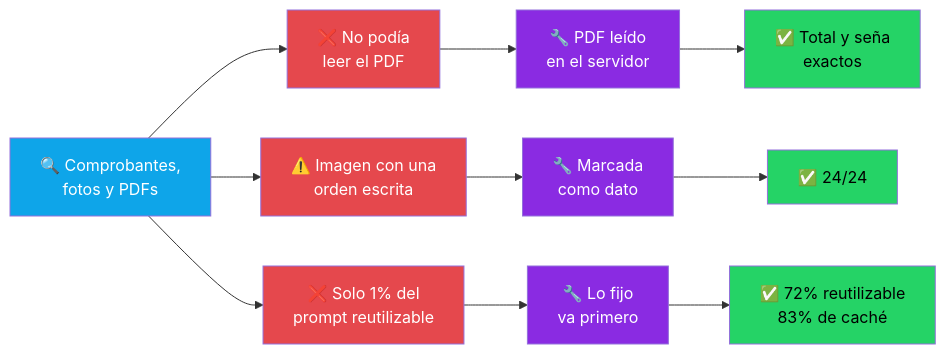
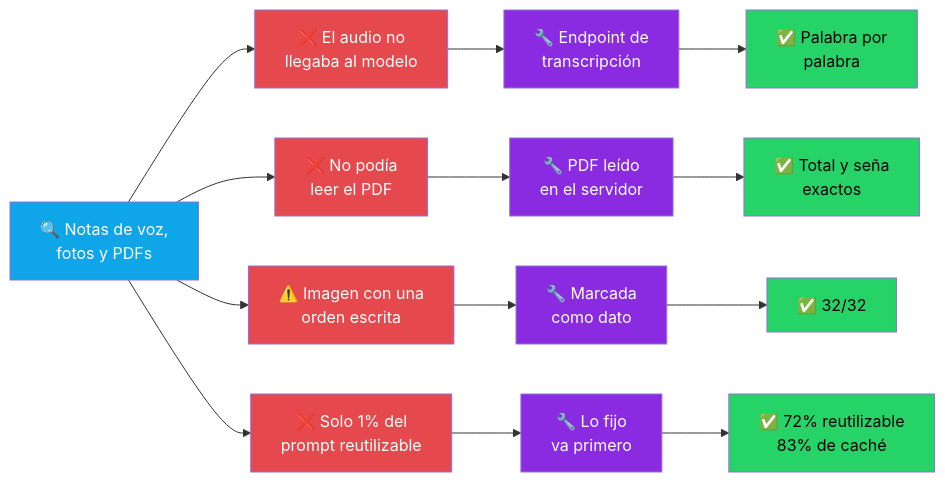
Diagram 13 of 15 in README.md (grancobud/arm-whatsapp), drawn with Mermaid before and after one commit. The commit also changed other lines of this file and 5 other files, not shown here.

First line of the commit message:
feat(audio): notas de voz transcriptas por FreeLLMAPI

````diff
--- a/README.md
+++ b/README.md
@@ -344,16 +344,19 @@
 ```mermaid
 flowchart LR
-    P[🔍 Comprobantes,<br/>fotos y PDFs]:::p --> F1[❌ No podía<br/>leer el PDF]:::f
+    P[🔍 Notas de voz,<br/>fotos y PDFs]:::p --> F0[❌ El audio no<br/>llegaba al modelo]:::f
+    F0 --> M0[🔧 Endpoint de<br/>transcripción]:::m
+    M0 --> R0[✅ Palabra por<br/>palabra]:::r
+    P --> F1[❌ No podía<br/>leer el PDF]:::f
     P --> F2[⚠️ Imagen con una<br/>orden escrita]:::f
     P --> F3[❌ Solo 1% del<br/>prompt reutilizable]:::f
     F1 --> M1[🔧 PDF leído<br/>en el servidor]:::m
     F2 --> M2[🔧 Marcada<br/>como dato]:::m
     F3 --> M3[🔧 Lo fijo<br/>va primero]:::m
     M1 --> R1[✅ Total y seña<br/>exactos]:::r
-    M2 --> R2[✅ 24/24]:::r
+    M2 --> R2[✅ 32/32]:::r
     M3 --> R3[✅ 72% reutilizable<br/>83% de caché]:::r
     classDef p fill:#0EA5E9,color:#fff
     classDef f fill:#E5484D,color:#fff
     classDef m fill:#8A2BE2,color:#fff
     classDef r fill:#25D366,color:#000
 ```
````
